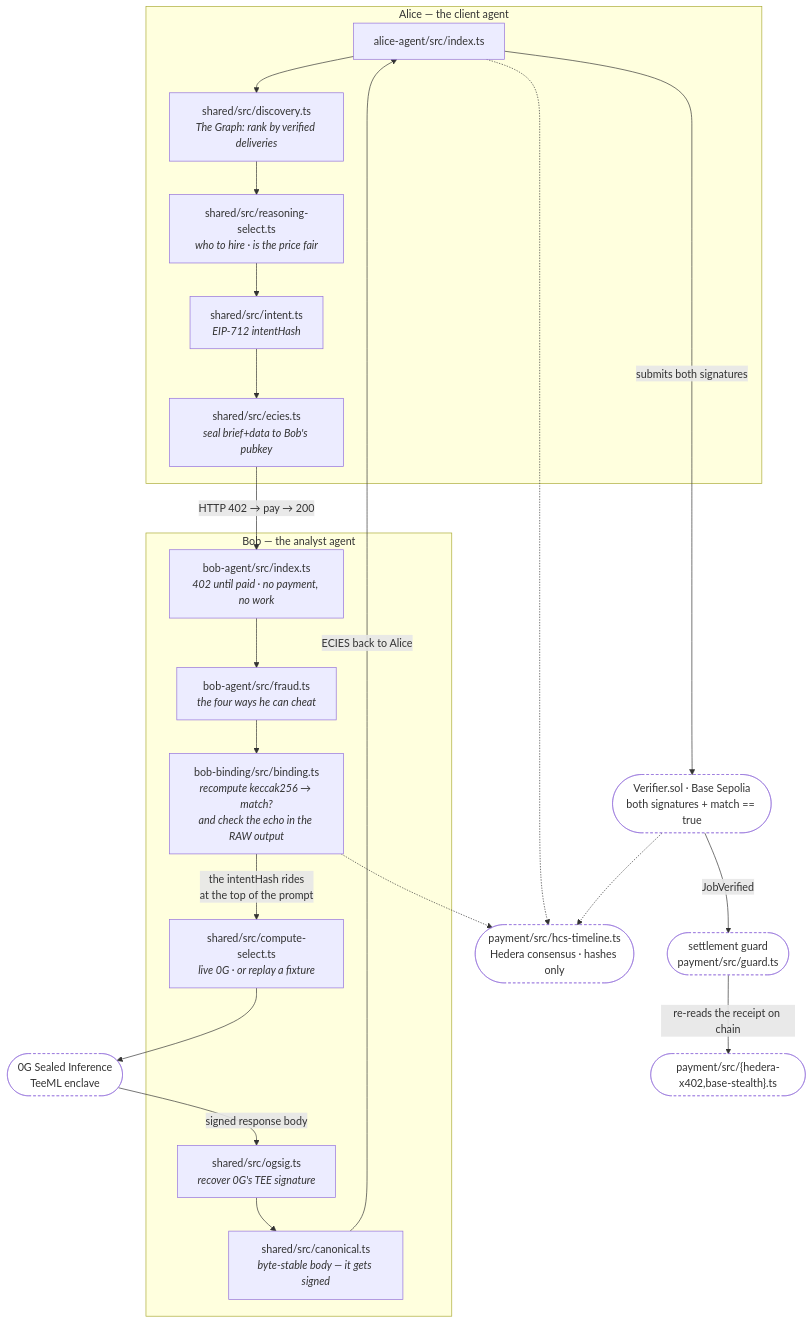
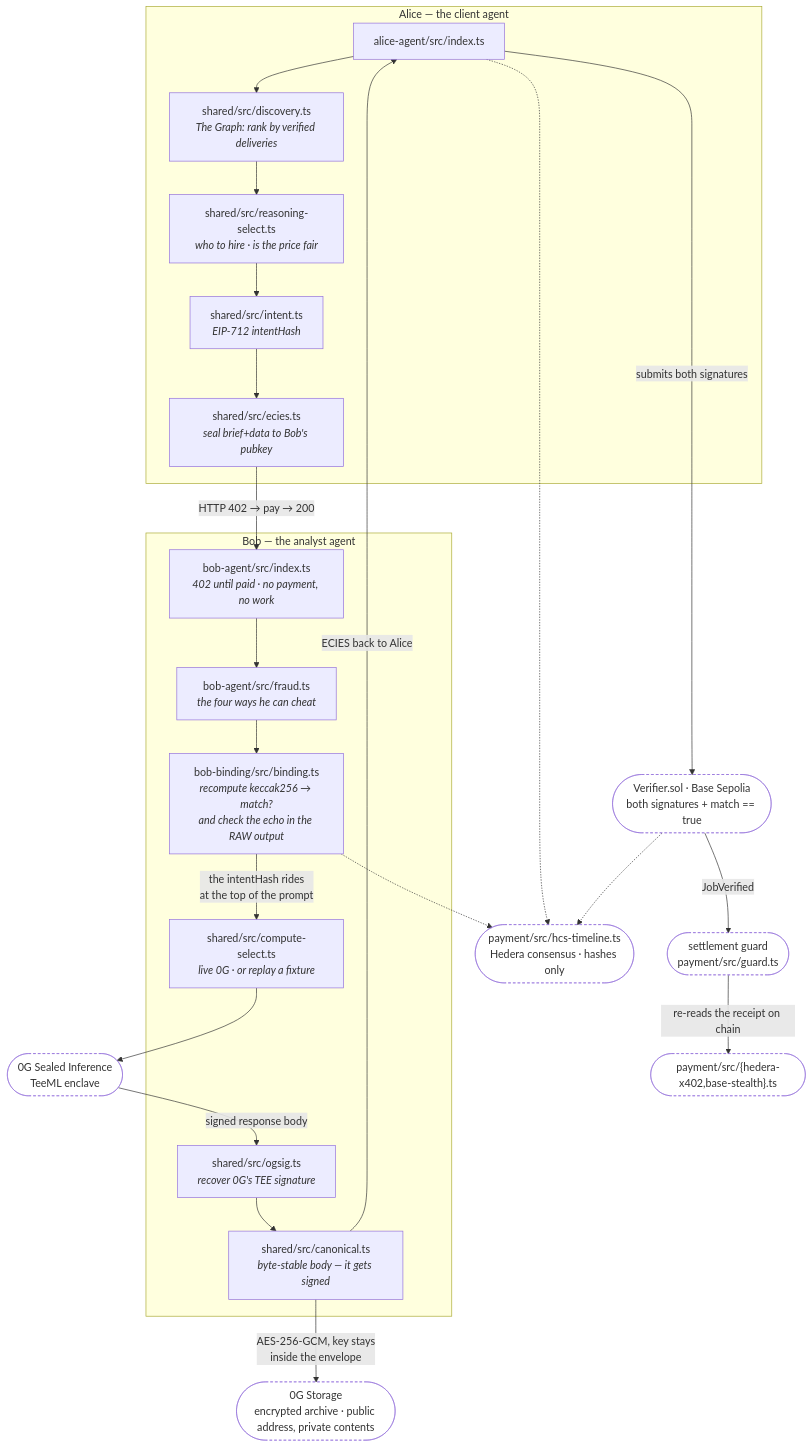
One commit to Zireaelst/ETHGlobal-Lisbon changed the second of 2 diagrams in README.md. Above: the diagram before and after it, drawn with Mermaid. The commit also changed other lines of this file, not shown here.

First line of the commit message:
docs(readme): put the 0G Storage archive in the flow, not just the table

````diff
--- a/README.md
+++ b/README.md
@@ -227,43 +229,45 @@
 ```mermaid
 flowchart TD
     subgraph alice["Alice — the client agent"]
         A0["alice-agent/src/index.ts"]
         A1["shared/src/discovery.ts<br/><i>The Graph: rank by verified deliveries</i>"]
         A2["shared/src/reasoning-select.ts<br/><i>who to hire · is the price fair</i>"]
         A3["shared/src/intent.ts<br/><i>EIP-712 intentHash</i>"]
         A4["shared/src/ecies.ts<br/><i>seal brief+data to Bob's pubkey</i>"]
     end
 
     subgraph bob["Bob — the analyst agent"]
         B0["bob-agent/src/index.ts<br/><i>402 until paid · no payment, no work</i>"]
         B1["bob-agent/src/fraud.ts<br/><i>the four ways he can cheat</i>"]
         B2["bob-binding/src/binding.ts<br/><i>recompute keccak256 → match?<br/>and check the echo in the RAW output</i>"]
         B3["shared/src/compute-select.ts<br/><i>live 0G · or replay a fixture</i>"]
         B4["shared/src/ogsig.ts<br/><i>recover 0G's TEE signature</i>"]
         B5["shared/src/canonical.ts<br/><i>byte-stable body — it gets signed</i>"]
     end
 
     Z(["0G Sealed Inference<br/>TeeML enclave"])
+    S(["0G Storage<br/>encrypted archive · public address, private contents"])
     V(["Verifier.sol · Base Sepolia<br/>both signatures + match == true"])
     G(["settlement guard<br/>payment/src/guard.ts"])
     P(["payment/src/{hedera-x402,base-stealth}.ts"])
     H(["payment/src/hcs-timeline.ts<br/>Hedera consensus · hashes only"])
 
     A0 --> A1 --> A2 --> A3 --> A4
     A4 -->|"HTTP 402 → pay → 200"| B0
     B0 --> B1 --> B2
     B2 -->|"the intentHash rides<br/>at the top of the prompt"| B3
     B3 --> Z
     Z -->|"signed response body"| B4
     B4 --> B5
+    B5 -->|"AES-256-GCM, key stays<br/>inside the envelope"| S
     B5 -->|"ECIES back to Alice"| A0
     A0 -->|"submits both signatures"| V
     V -->|"JobVerified"| G
     G -->|"re-reads the receipt on chain"| P
     A0 -.-> H
     B2 -.-> H
     V -.-> H
 
     classDef ext fill:none,stroke-dasharray: 4 3;
-    class Z,V,G,P,H ext;
+    class Z,S,V,G,P,H ext;
 ```
````
